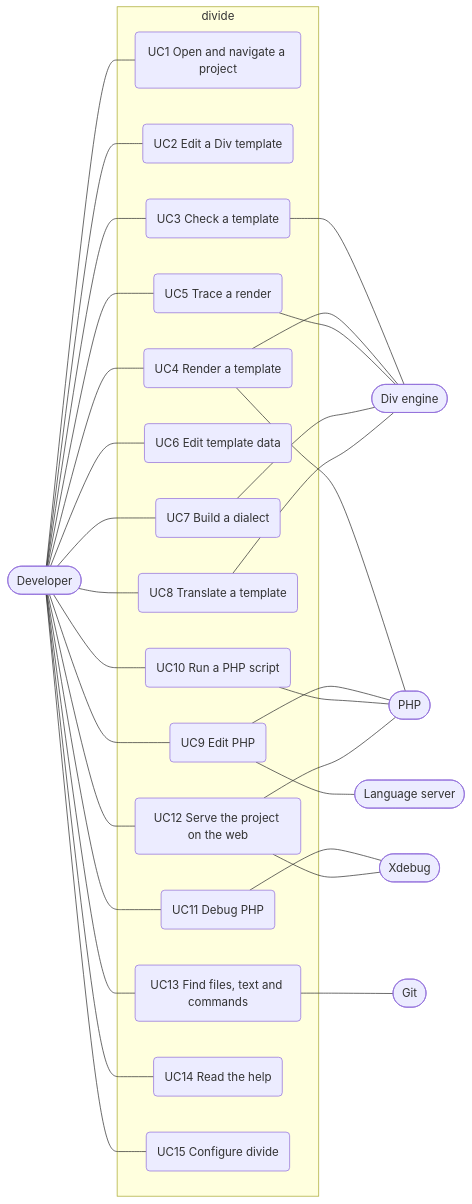
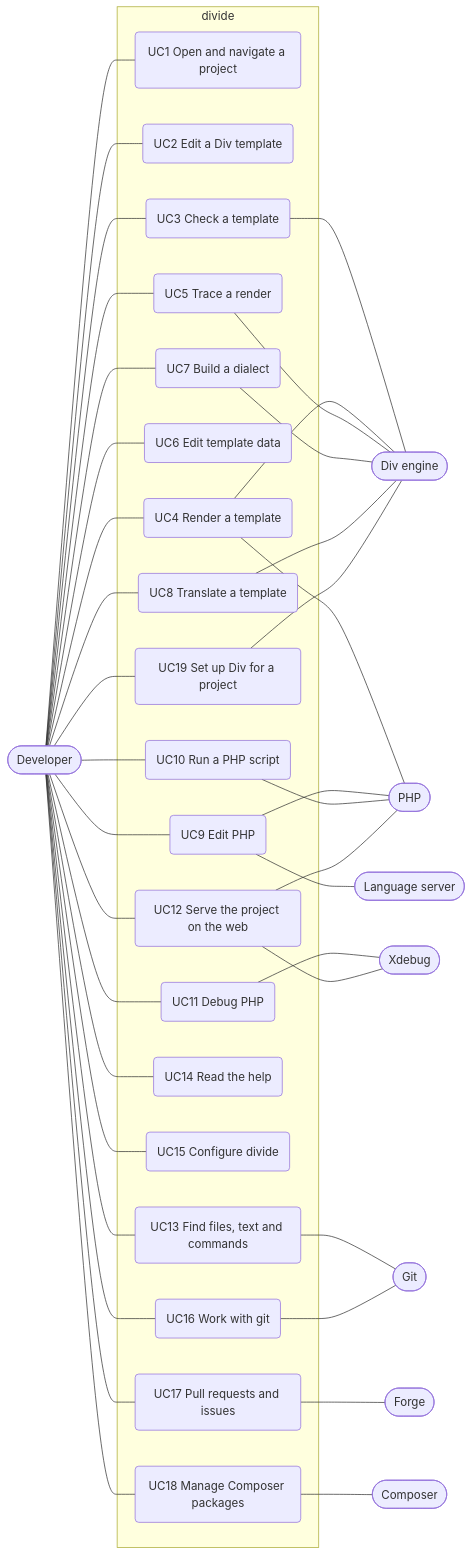
Before and after one commit to divengine/divide: the diagram in docs/use-case-model.md, drawn with Mermaid. The commit also changed other lines of this file and 13 other files, not shown here.

````diff
--- a/docs/use-case-model.md
+++ b/docs/use-case-model.md
@@ -17,40 +19,50 @@
 ```mermaid
 flowchart LR
     Dev([Developer])
     Div([Div engine])
     PHP([PHP])
     XD([Xdebug])
     LS([Language server])
     Git([Git])
+    Forge([Forge])
+    Comp([Composer])
     subgraph divide
         UC1(UC1 Open and navigate a project)
         UC2(UC2 Edit a Div template)
         UC3(UC3 Check a template)
         UC4(UC4 Render a template)
         UC5(UC5 Trace a render)
         UC6(UC6 Edit template data)
         UC7(UC7 Build a dialect)
         UC8(UC8 Translate a template)
         UC9(UC9 Edit PHP)
         UC10(UC10 Run a PHP script)
         UC11(UC11 Debug PHP)
         UC12(UC12 Serve the project on the web)
         UC13(UC13 Find files, text and commands)
         UC14(UC14 Read the help)
         UC15(UC15 Configure divide)
+        UC16(UC16 Work with git)
+        UC17(UC17 Pull requests and issues)
+        UC18(UC18 Manage Composer packages)
+        UC19(UC19 Set up Div for a project)
     end
-    Dev --- UC1 & UC2 & UC3 & UC4 & UC5 & UC6 & UC7 & UC8 & UC9 & UC10 & UC11 & UC12 & UC13 & UC14 & UC15
+    Dev --- UC1 & UC2 & UC3 & UC4 & UC5 & UC6 & UC7 & UC8 & UC9 & UC10 & UC11 & UC12 & UC13 & UC14 & UC15 & UC16 & UC17 & UC18 & UC19
     UC3 --- Div
     UC4 --- Div
     UC5 --- Div
     UC7 --- Div
     UC8 --- Div
     UC4 --- PHP
     UC9 --- PHP
     UC9 --- LS
     UC10 --- PHP
     UC11 --- XD
     UC12 --- PHP
     UC12 --- XD
     UC13 --- Git
+    UC16 --- Git
+    UC17 --- Forge
+    UC18 --- Comp
+    UC19 --- Div
 ```
````
